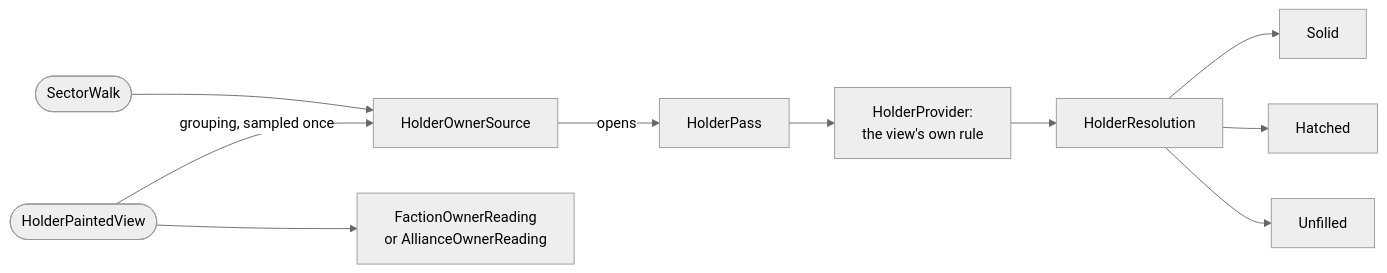
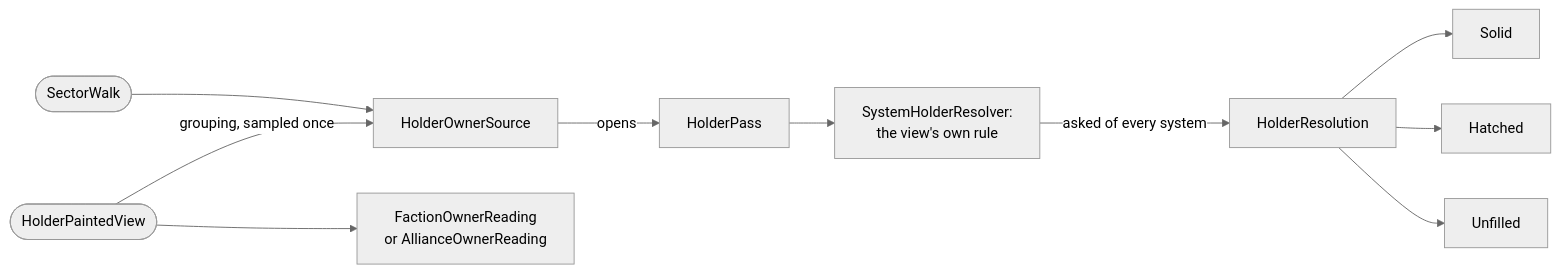
The diagram in src/main/java/kmu/maplayers/ownermap/owners/holders/README.md (Klark-Morrigan/Starsector-Mod-KMU), drawn with Mermaid (neutral theme) before and after one commit. The commit also changed other lines of this file and 44 other files, not shown here.

````diff
--- a/src/main/java/kmu/maplayers/ownermap/owners/holders/README.md
+++ b/src/main/java/kmu/maplayers/ownermap/owners/holders/README.md
@@ -29,12 +29,12 @@
 ```mermaid
 flowchart LR
     V([HolderPaintedView]) -->|grouping, sampled once| S[HolderOwnerSource]
     V --> R[FactionOwnerReading<br/>or AllianceOwnerReading]
     W([SectorWalk]) --> S
     S -->|opens| P[HolderPass]
-    P --> H[HolderProvider:<br/>the view's own rule]
-    H --> HR[HolderResolution]
+    P --> H[SystemHolderResolver:<br/>the view's own rule]
+    H -->|asked of every system| HR[HolderResolution]
     HR --> Solid
     HR --> Hatched
     HR --> Unfilled
 ```
````
